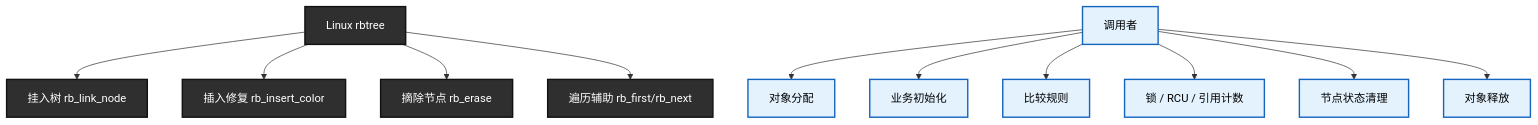
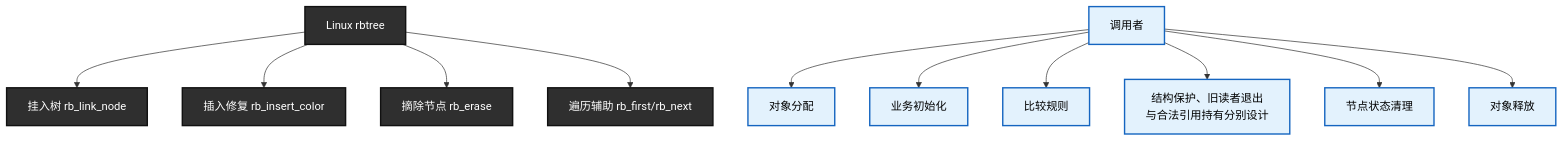
Before and after one commit to FormingSystem/linux_note: diagram 24 of 53 in knowledge/linux/data_structures/红黑树_rb-tree/P09_Linux_6.12_内核_rbtree_嵌入式节点与使用者接口.md, drawn with Mermaid. The commit also changed other lines of this file and 12 other files, not shown here.

````diff
--- a/knowledge/linux/data_structures/红黑树_rb-tree/P09_Linux_6.12_内核_rbtree_嵌入式节点与使用者接口.md
+++ b/knowledge/linux/data_structures/红黑树_rb-tree/P09_Linux_6.12_内核_rbtree_嵌入式节点与使用者接口.md
@@ -1733,34 +1889,34 @@
 ```mermaid
 graph TD
 	rbtree_core["Linux rbtree"]
 	tree_link["挂入树 rb_link_node"]
 	tree_fix["插入修复 rb_insert_color"]
 	tree_erase["摘除节点 rb_erase"]
 	tree_walk["遍历辅助 rb_first/rb_next"]
 
 	user_code["调用者"]
 	obj_alloc["对象分配"]
 	obj_init["业务初始化"]
 	obj_cmp["比较规则"]
-	obj_lock["锁 / RCU / 引用计数"]
+	obj_lock["结构保护、旧读者退出<br/>与合法引用持有分别设计"]
 	obj_clear["节点状态清理"]
 	obj_free["对象释放"]
 
 	rbtree_core --> tree_link
 	rbtree_core --> tree_fix
 	rbtree_core --> tree_erase
 	rbtree_core --> tree_walk
 
 	user_code --> obj_alloc
 	user_code --> obj_init
 	user_code --> obj_cmp
 	user_code --> obj_lock
 	user_code --> obj_clear
 	user_code --> obj_free
 
 	classDef rb fill:#2f2f2f,stroke:#111,color:#fff,stroke-width:2px;
 	classDef user fill:#e3f2fd,stroke:#1565c0,color:#000,stroke-width:2px;
 
 	class rbtree_core,tree_link,tree_fix,tree_erase,tree_walk rb;
 	class user_code,obj_alloc,obj_init,obj_cmp,obj_lock,obj_clear,obj_free user;
 ```
````
